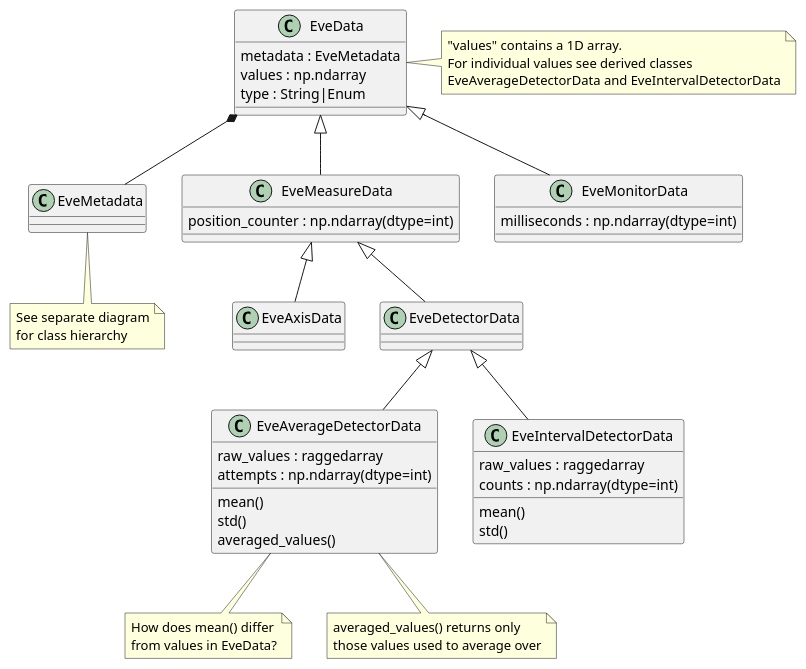
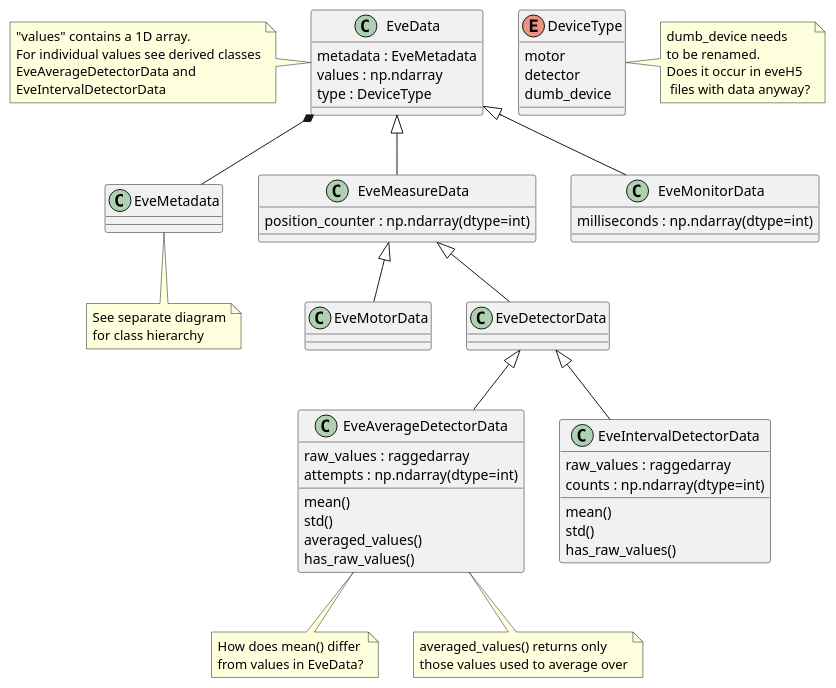
Before and after one commit to tillbiskup/evedata: the diagram in docs/uml/evedata.evedata.puml, drawn with PlantUML. The commit also changed 4 other files, not shown here.

Commit message:
Update UML diagrams

```diff
--- a/docs/uml/evedata.evedata.puml
+++ b/docs/uml/evedata.evedata.puml
@@ -1,53 +1,62 @@
 @startuml
 
 class EveData {
     metadata : EveMetadata
     values : np.ndarray
-    type : String|Enum
+    type : DeviceType
 }
-note right: "values" contains a 1D array.\nFor individual values see derived classes\nEveAverageDetectorData and EveIntervalDetectorData
+note left: "values" contains a 1D array.\nFor individual values see derived classes\nEveAverageDetectorData and\nEveIntervalDetectorData
+
+enum DeviceType {
+    motor
+    detector
+    dumb_device
+}
+note right: dumb_device needs\nto be renamed.\nDoes it occur in eveH5\n files with data anyway?
 
 class EveMetadata {
 }
 note bottom: See separate diagram\nfor class hierarchy
 
 class EveMeasureData {
     {field} position_counter : np.ndarray(dtype=int)
 }
 
 class EveMonitorData {
     {field} milliseconds : np.ndarray(dtype=int)
 }
 
-class EveAxisData {
+class EveMotorData {
 }
 
 class EveDetectorData {
 }
 
 class EveAverageDetectorData {
     raw_values : raggedarray
     {field} attempts : np.ndarray(dtype=int)
     mean()
     std()
     averaged_values()
+    has_raw_values()
 }
 note bottom: How does mean() differ\nfrom values in EveData?
 note bottom of EveAverageDetectorData: averaged_values() returns only\nthose values used to average over
 
 class EveIntervalDetectorData {
     raw_values : raggedarray
     {field} counts : np.ndarray(dtype=int)
     mean()
     std()
+    has_raw_values()
 }
 
 EveData *-- EveMetadata
 EveData <|-- EveMeasureData
 EveData <|-- EveMonitorData
-EveMeasureData <|-- EveAxisData
+EveMeasureData <|-- EveMotorData
 EveMeasureData <|-- EveDetectorData
 EveDetectorData <|-- EveAverageDetectorData
 EveDetectorData <|-- EveIntervalDetectorData
 
 @enduml
```
